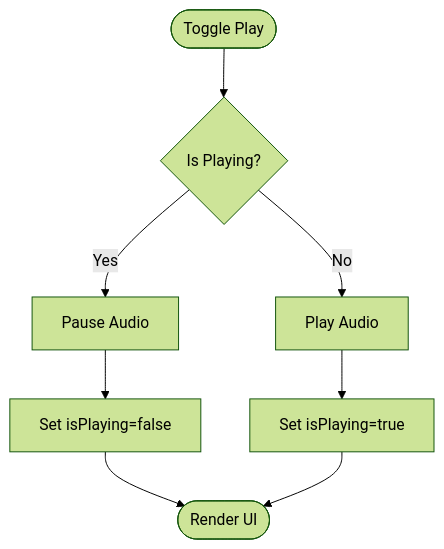
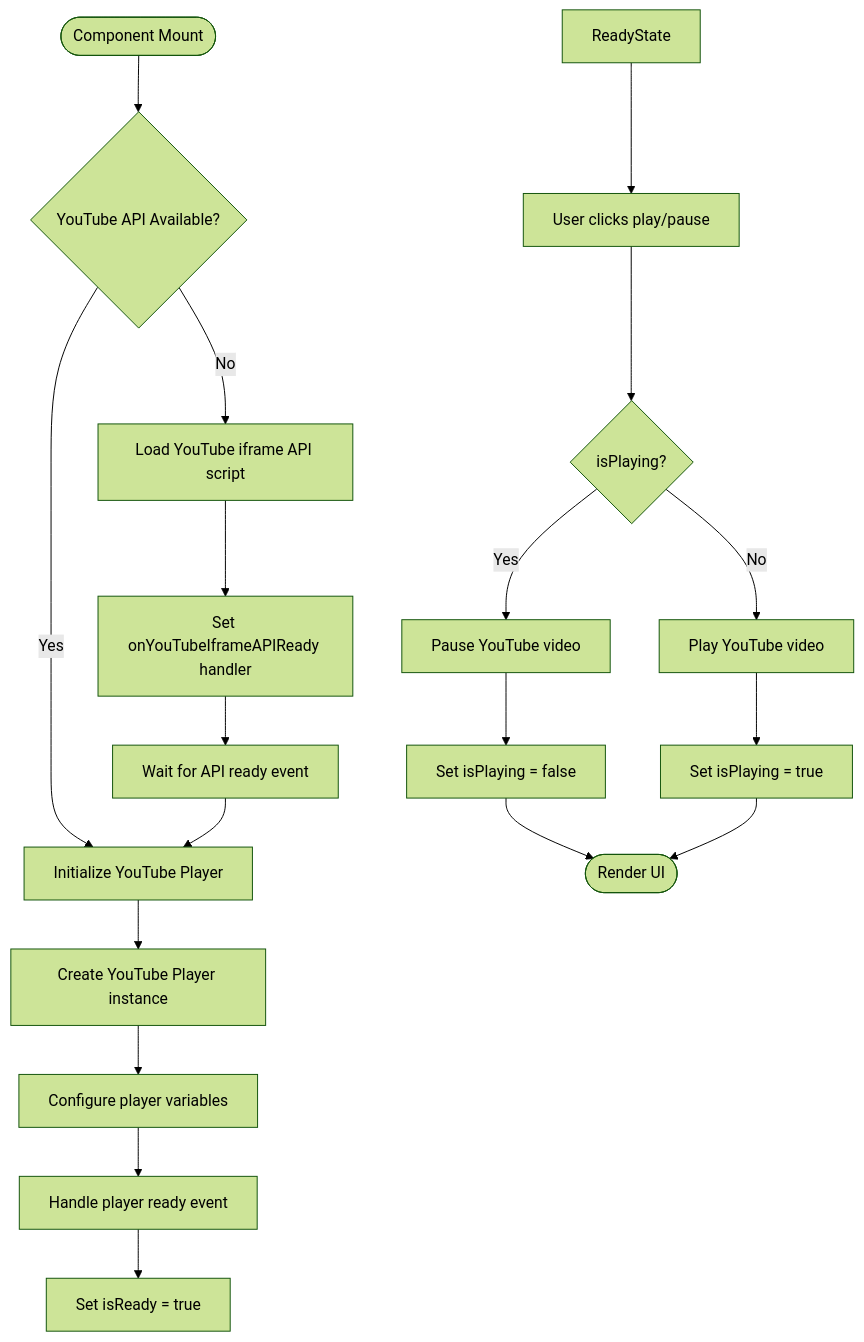
The sixth of 9 diagrams in .qoder/repowiki/en/content/Birthday Experience Components.md (alifsurya2710/Selamat-Ulang-Tahun), drawn with Mermaid (forest theme) before and after one commit. The commit also changed other lines of this file and 31 other files, not shown here.

````diff
--- a/.qoder/repowiki/en/content/Birthday Experience Components.md
+++ b/.qoder/repowiki/en/content/Birthday Experience Components.md
@@ -301,10 +413,21 @@
 ```mermaid
 flowchart TD
-Start(["Toggle Play"]) --> CheckState{"Is Playing?"}
-CheckState --> |Yes| Pause["Pause Audio"]
-CheckState --> |No| Play["Play Audio"]
-Pause --> UpdateState["Set isPlaying=false"]
-Play --> UpdateState2["Set isPlaying=true"]
+Start(["Component Mount"]) --> CheckYT{"YouTube API Available?"}
+CheckYT --> |No| LoadScript["Load YouTube iframe API script"]
+CheckYT --> |Yes| InitPlayer["Initialize YouTube Player"]
+LoadScript --> SetReady["Set onYouTubeIframeAPIReady handler"]
+SetReady --> WaitReady["Wait for API ready event"]
+WaitReady --> InitPlayer
+InitPlayer --> CreatePlayer["Create YouTube Player instance"]
+CreatePlayer --> SetPlayerVars["Configure player variables"]
+SetPlayerVars --> OnReady["Handle player ready event"]
+OnReady --> SetReadyState["Set isReady = true"]
+ReadyState --> TogglePlay["User clicks play/pause"]
+TogglePlay --> CheckState{"isPlaying?"}
+CheckState --> |Yes| PauseVideo["Pause YouTube video"]
+CheckState --> |No| PlayVideo["Play YouTube video"]
+PauseVideo --> UpdateState["Set isPlaying = false"]
+PlayVideo --> UpdateState2["Set isPlaying = true"]
 UpdateState --> End(["Render UI"])
 UpdateState2 --> End
 ```
````
